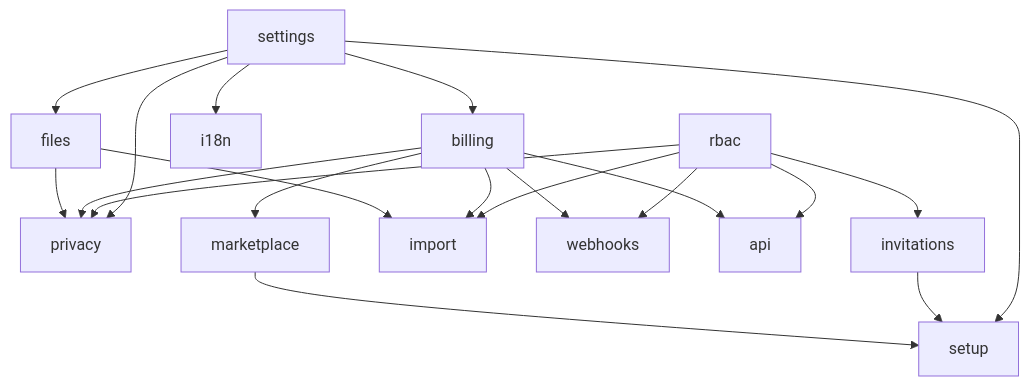
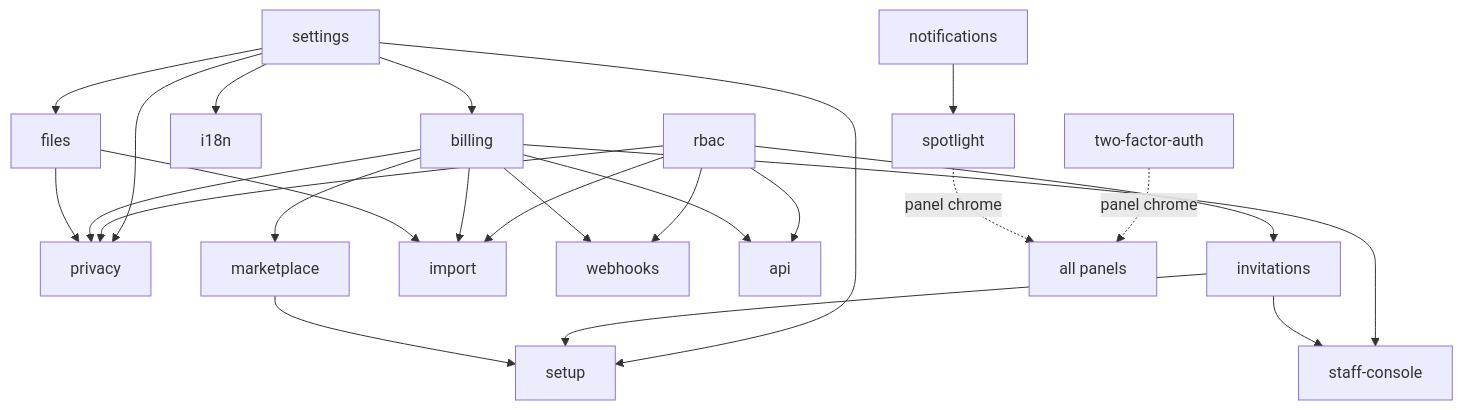
Before and after one commit to Max-Nijenkamp/FlowFlex: the diagram in vault/domains/core/_index.md, drawn with Mermaid. The commit also changed other lines of this file and 2956 other files, not shown here.

````diff
--- a/vault/domains/core/_index.md
+++ b/vault/domains/core/_index.md
@@ -45,22 +58,27 @@
 ```mermaid
 graph TD
     settings --> billing
     settings --> files
     settings --> i18n
     settings --> setup
     settings --> privacy
     rbac --> invitations
     rbac --> import
     rbac --> webhooks
     rbac --> api
     rbac --> privacy
     billing --> marketplace
     billing --> import
     billing --> webhooks
     billing --> api
     billing --> privacy
+    billing --> staffconsole[staff-console]
     invitations --> setup
+    invitations --> staffconsole
     marketplace --> setup
     files --> import
     files --> privacy
+    notifications --> spotlight
+    twofa[two-factor-auth] -.panel chrome.-> allpanels[all panels]
+    spotlight -.panel chrome.-> allpanels
 ```
````
